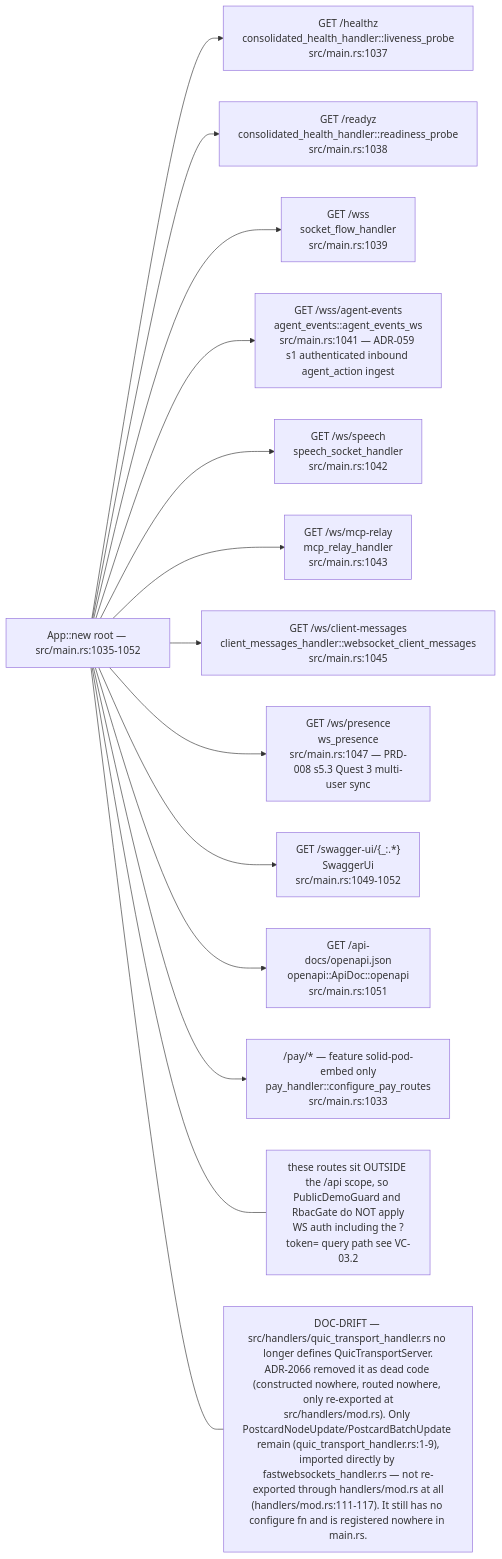
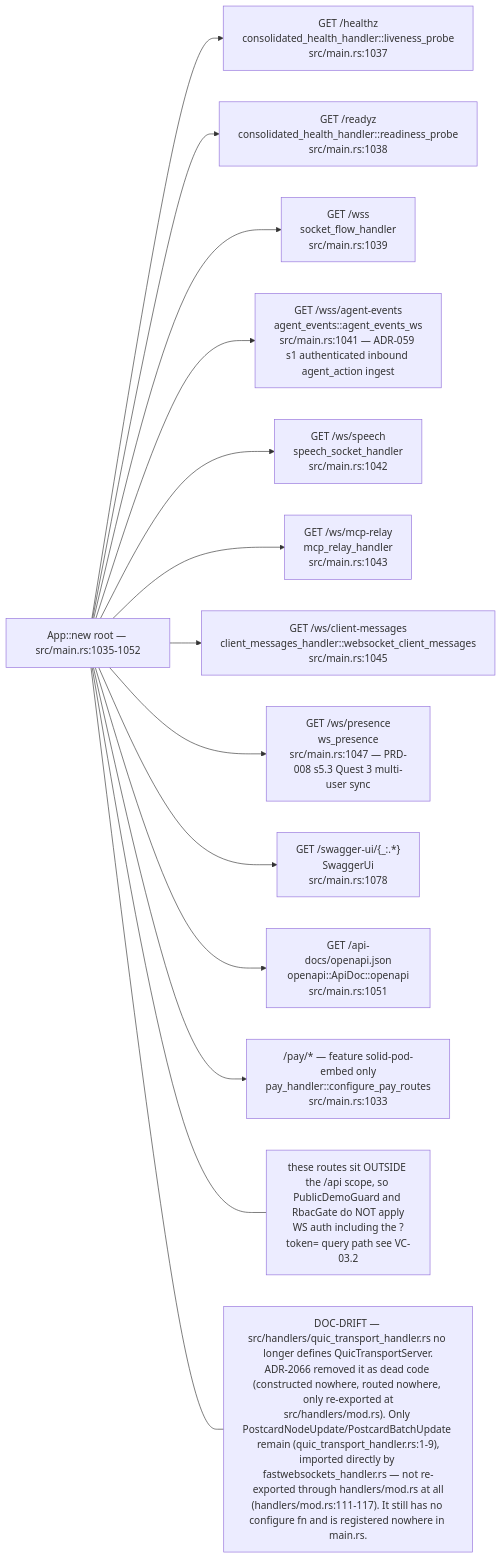
The ninth of 15 diagrams in docs/diagrams/visionclaw/01-boot-and-app-state.md (DreamLab-AI/VisionFlow), drawn with Mermaid before and after one commit. The commit also changed other lines of this file and 51 other files, not shown here.

First line of the commit message:
docs(diagrams): agentbox AB-01..13 re-attested anchor by anchor (980 anchors, 22 defects); checkpoint against an out-of-mesh writer

````diff
--- a/docs/diagrams/visionclaw/01-boot-and-app-state.md
+++ b/docs/diagrams/visionclaw/01-boot-and-app-state.md
@@ -391,19 +391,19 @@
 ```mermaid
 flowchart LR
     ROOT["App::new root — src/main.rs:1035-1052"]
     ROOT --> H1["GET /healthz<br/>consolidated_health_handler::liveness_probe<br/>src/main.rs:1037"]
     ROOT --> H2["GET /readyz<br/>consolidated_health_handler::readiness_probe<br/>src/main.rs:1038"]
     ROOT --> W1["GET /wss<br/>socket_flow_handler<br/>src/main.rs:1039"]
     ROOT --> W2["GET /wss/agent-events<br/>agent_events::agent_events_ws<br/>src/main.rs:1041 — ADR-059 s1 authenticated inbound agent_action ingest"]
     ROOT --> W3["GET /ws/speech<br/>speech_socket_handler<br/>src/main.rs:1042"]
     ROOT --> W4["GET /ws/mcp-relay<br/>mcp_relay_handler<br/>src/main.rs:1043"]
     ROOT --> W5["GET /ws/client-messages<br/>client_messages_handler::websocket_client_messages<br/>src/main.rs:1045"]
     ROOT --> W6["GET /ws/presence<br/>ws_presence<br/>src/main.rs:1047 — PRD-008 s5.3 Quest 3 multi-user sync"]
-    ROOT --> O1["GET /swagger-ui/{_:.*}<br/>SwaggerUi<br/>src/main.rs:1049-1052"]
+    ROOT --> O1["GET /swagger-ui/{_:.*}<br/>SwaggerUi<br/>src/main.rs:1078"]
     ROOT --> O2["GET /api-docs/openapi.json<br/>openapi::ApiDoc::openapi<br/>src/main.rs:1051"]
     ROOT --> PAY["/pay/* — feature solid-pod-embed only<br/>pay_handler::configure_pay_routes<br/>src/main.rs:1033"]
     N1["these routes sit OUTSIDE the /api scope, so PublicDemoGuard and RbacGate do NOT apply<br/>WS auth including the ?token= query path see VC-03.2"]
     ROOT --- N1
     N2["DOC-DRIFT — src/handlers/quic_transport_handler.rs no longer defines QuicTransportServer.<br/>ADR-2066 removed it as dead code (constructed nowhere, routed nowhere, only re-exported at<br/>src/handlers/mod.rs). Only PostcardNodeUpdate/PostcardBatchUpdate remain (quic_transport_handler.rs:1-9),<br/>imported directly by fastwebsockets_handler.rs — not re-exported through handlers/mod.rs at all<br/>(handlers/mod.rs:111-117). It still has no configure fn and is registered nowhere in main.rs."]
     ROOT --- N2
 ```
````
